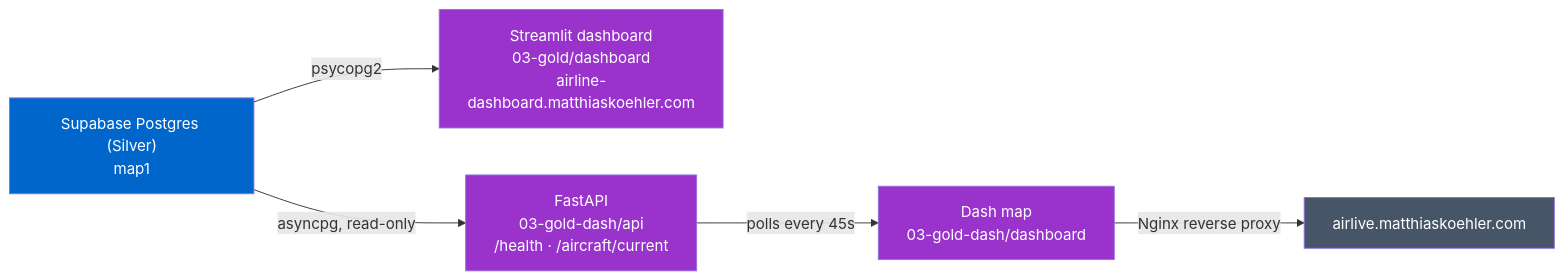
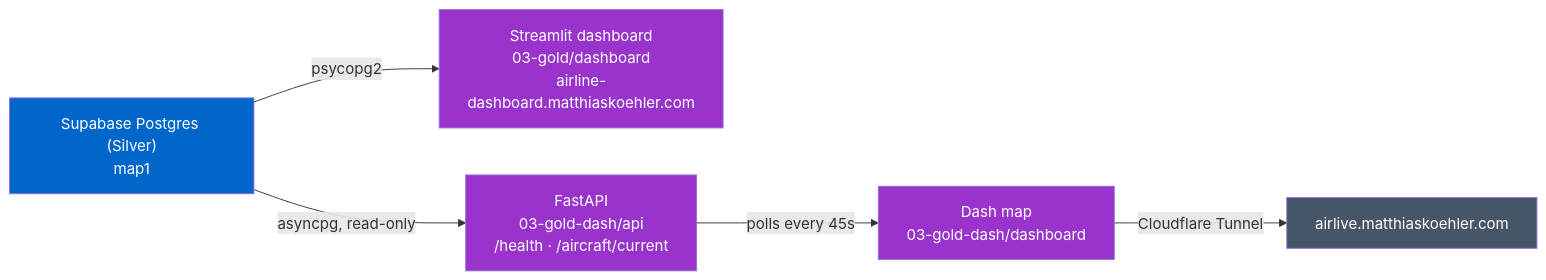
Before and after one commit to MatthiasSails/airline-data-platform: the third of 6 diagrams in docs/architecture/README.md, drawn with Mermaid. The commit also changed other lines of this file and 24 other files, not shown here.

````diff
--- a/docs/architecture/README.md
+++ b/docs/architecture/README.md
@@ -81,14 +81,14 @@
 ```mermaid
 graph LR
     PG["Supabase Postgres (Silver)<br/>map1"]
     PG -->|psycopg2| ST["Streamlit dashboard<br/>03-gold/dashboard<br/>airline-dashboard.matthiaskoehler.com"]
     PG -->|asyncpg, read-only| API["FastAPI<br/>03-gold-dash/api<br/>/health · /aircraft/current"]
     API -->|polls every 45s| DASH["Dash map<br/>03-gold-dash/dashboard"]
-    DASH -->|Nginx reverse proxy| TUN["airlive.matthiaskoehler.com"]
+    DASH -->|Cloudflare Tunnel| TUN["airlive.matthiaskoehler.com"]
 
     style PG fill:#0066CC,color:#fff
     style ST fill:#9933CC,color:#fff
     style API fill:#9933CC,color:#fff
     style DASH fill:#9933CC,color:#fff
     style TUN fill:#475569,color:#fff
 ```
````
